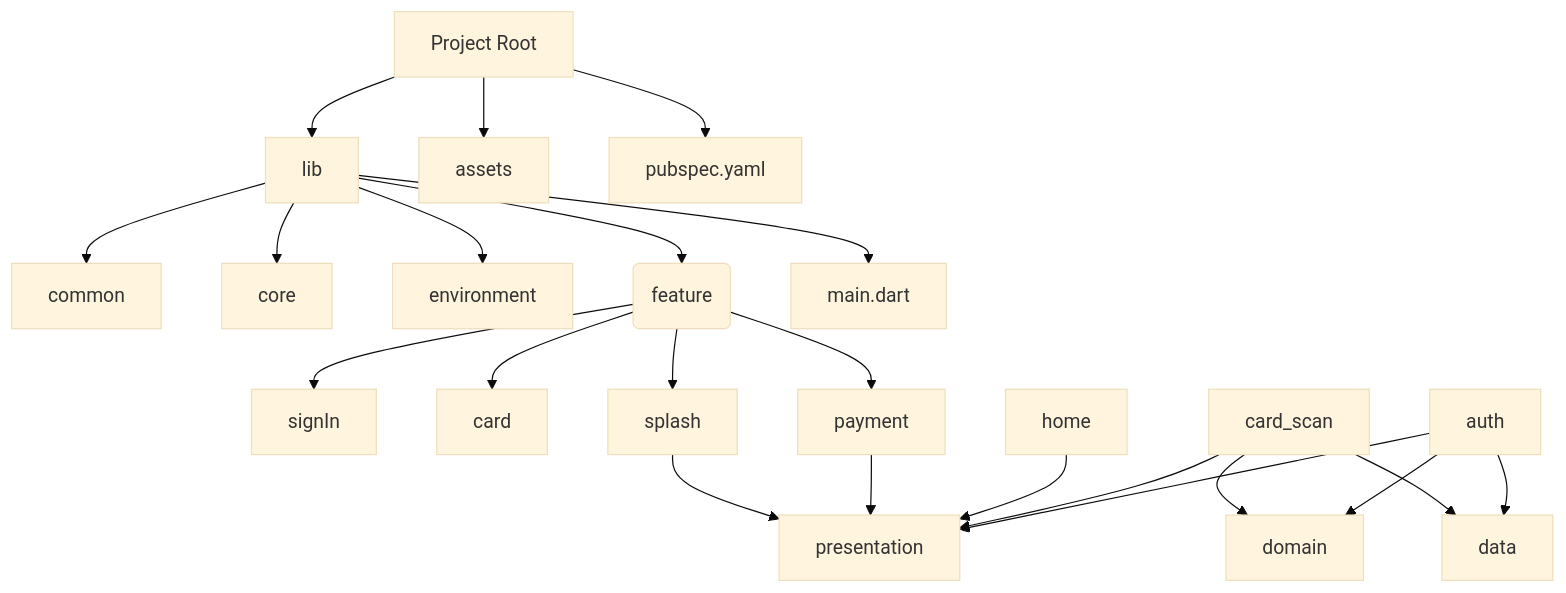
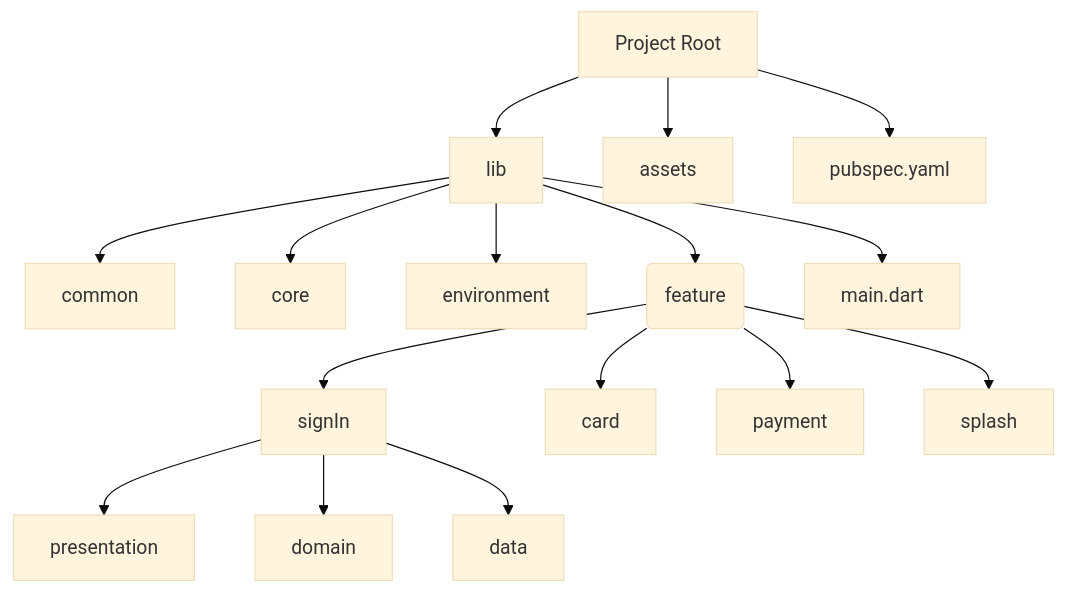
The first of 2 diagrams in README.md (KoreanTuna/Payment-Demo), drawn with Mermaid (base theme) before and after one commit.

````diff
--- a/README.md
+++ b/README.md
@@ -11,30 +11,24 @@
 ```mermaid
 flowchart TD
     A[Project Root]
     A --> lib
     A --> assets
     A --> pubspec.yaml
 
     lib --> common
     lib --> core
     lib --> environment
     lib --> screen(feature)
     lib --> main.dart
 
     screen(feature) --> signIn
     screen(feature) --> card
     screen(feature) --> payment
     screen(feature) --> splash
 
-    auth --> presentation
-    auth --> domain
-    auth --> data
+    signIn --> presentation
+    signIn --> domain
+    signIn --> data
 
-    card_scan --> presentation
-    card_scan --> domain
-    card_scan --> data
 
-    home --> presentation
-    payment --> presentation
-    splash --> presentation
 ```
````
